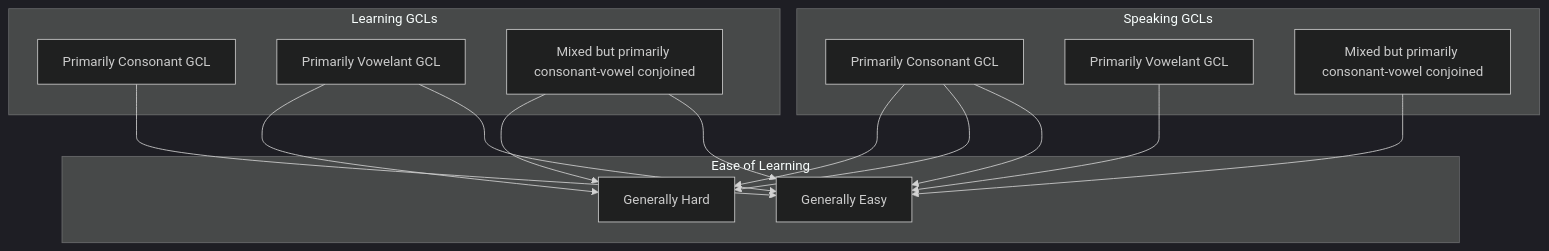
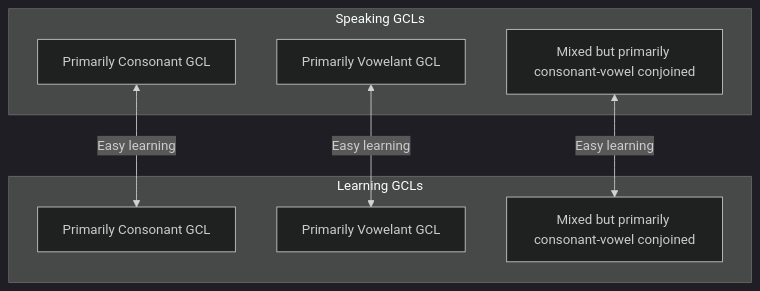
Before and after one commit to bendqh1/mermaid: the diagram in general_communication_languages_categorization_for_learning.md, drawn with Mermaid (dark theme).

````diff
--- a/general_communication_languages_categorization_for_learning.md
+++ b/general_communication_languages_categorization_for_learning.md
@@ -11,28 +11,20 @@
 ```mermaid
 flowchart TD
 
   subgraph A [Speaking GCLs]
     A1[Primarily Consonant GCL]
     A2[Primarily Vowelant GCL]
     A3[Mixed but primarily consonant-vowel conjoined]
   end
 
   subgraph B [Learning GCLs]
     B1[Primarily Consonant GCL]
     B2[Primarily Vowelant GCL]
     B3[Mixed but primarily consonant-vowel conjoined]
   end
 
-  subgraph C [Ease of Learning]
-    C1[Generally Easy]
-    C2[Generally Hard]
-  end
-
-  A1 & B1 --> C1
-  A2 & B2 --> C1
-  A3 & B3  --> C1
-
-  A1 & B2 --> C2
-  A1 & B3 --> C2
+  A1 <-->|Easy learning| B1
+  A2 <-->|Easy learning| B2
+  A3 <-->|Easy learning| B3
 
 ```
````
